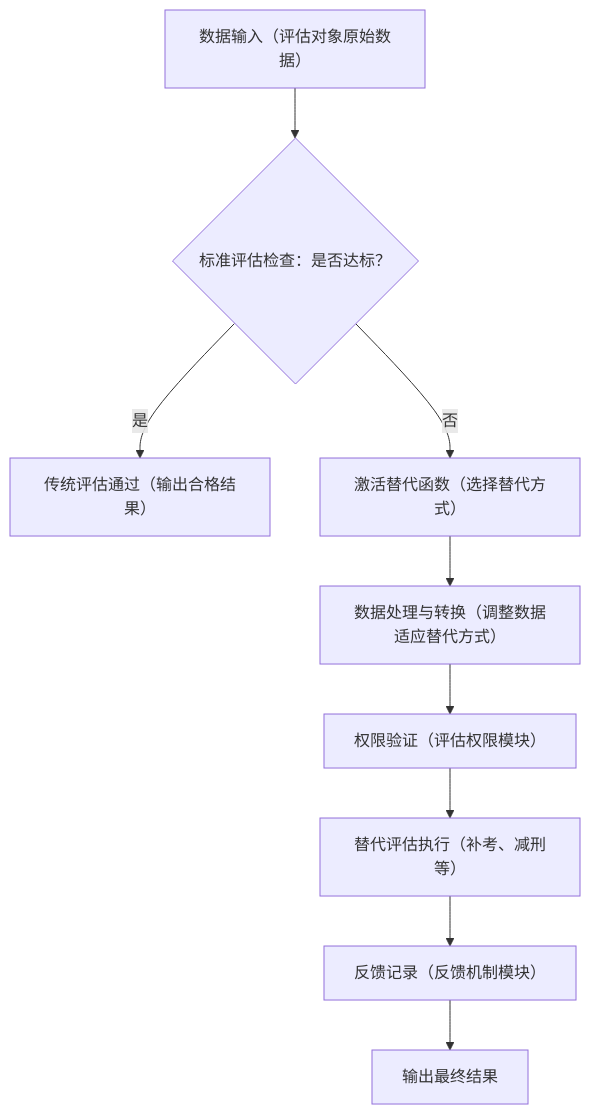
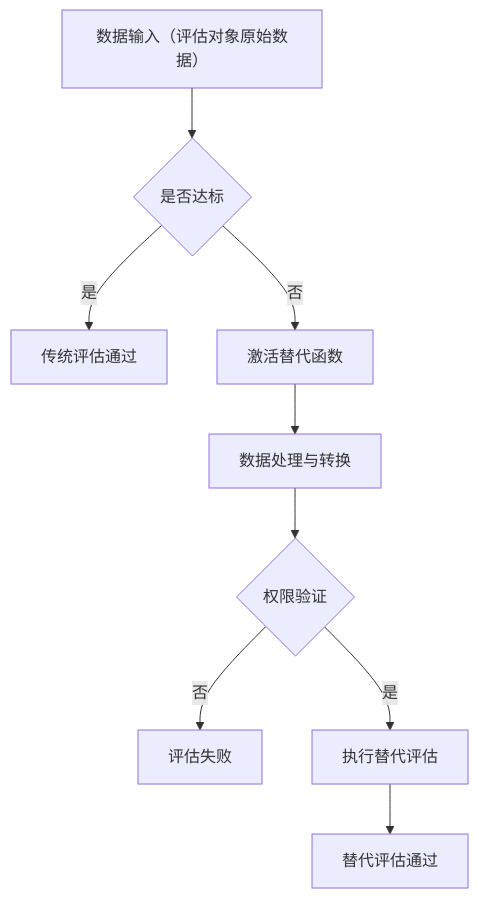
One commit to RNGMARTIN/iodraw-files changed the diagram in all/未命名-2.md. Above: the diagram before and after it, drawn with Mermaid.

Commit message:
2025-07-31 08:42:43 update

````diff
--- a/all/未命名-2.md
+++ b/all/未命名-2.md
@@ -1,12 +1,12 @@
 ```mermaid
 graph TD
-    A[数据输入（评估对象原始数据）] --> B{标准评估检查：是否达标？}
-    B -- 是 --> C[传统评估通过（输出合格结果）]
-    B -- 否 --> D[激活替代函数（选择替代方式）]
-    D --> E[数据处理与转换（调整数据适应替代方式）]
-    E --> F[权限验证（评估权限模块）]
-    F --> G[替代评估执行（补考、减刑等）]
-    G --> H[反馈记录（反馈机制模块）]
-    H --> I[输出最终结果]
+    A[数据输入（评估对象原始数据）] --> B{是否达标}
+    B -- 是 --> C[传统评估通过]
+    B -- 否 --> D[激活替代函数]
+    D --> E[数据处理与转换]
+    E --> F{权限验证}
+    F -- 否 --> G[评估失败]
+    F -- 是 --> H[执行替代评估]
+    H --> I[替代评估通过]
 
 ```
````
